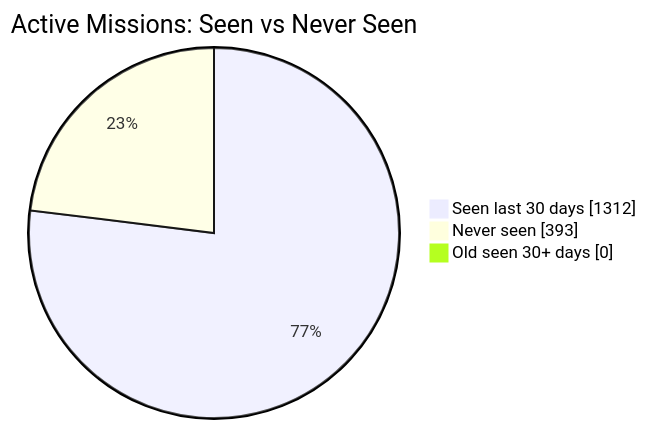
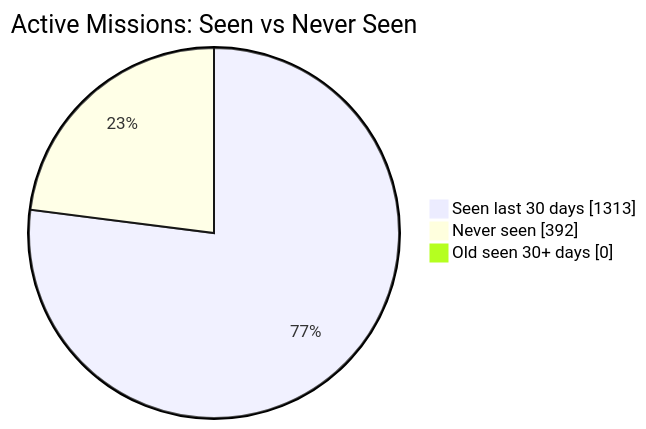
Before and after one commit to MeldkamerspelGameTeam/active-missions: the diagram in README.md, drawn with Mermaid. The commit also changed other lines of this file and 2 other files, not shown here.

````diff
--- a/README.md
+++ b/README.md
@@ -34,7 +34,7 @@
 ```mermaid
 pie showData
     title Active Missions: Seen vs Never Seen
-    "Seen last 30 days" : 1312
-    "Never seen" : 393
+    "Seen last 30 days" : 1313
+    "Never seen" : 392
     "Old seen 30+ days" : 0
 ```
````
